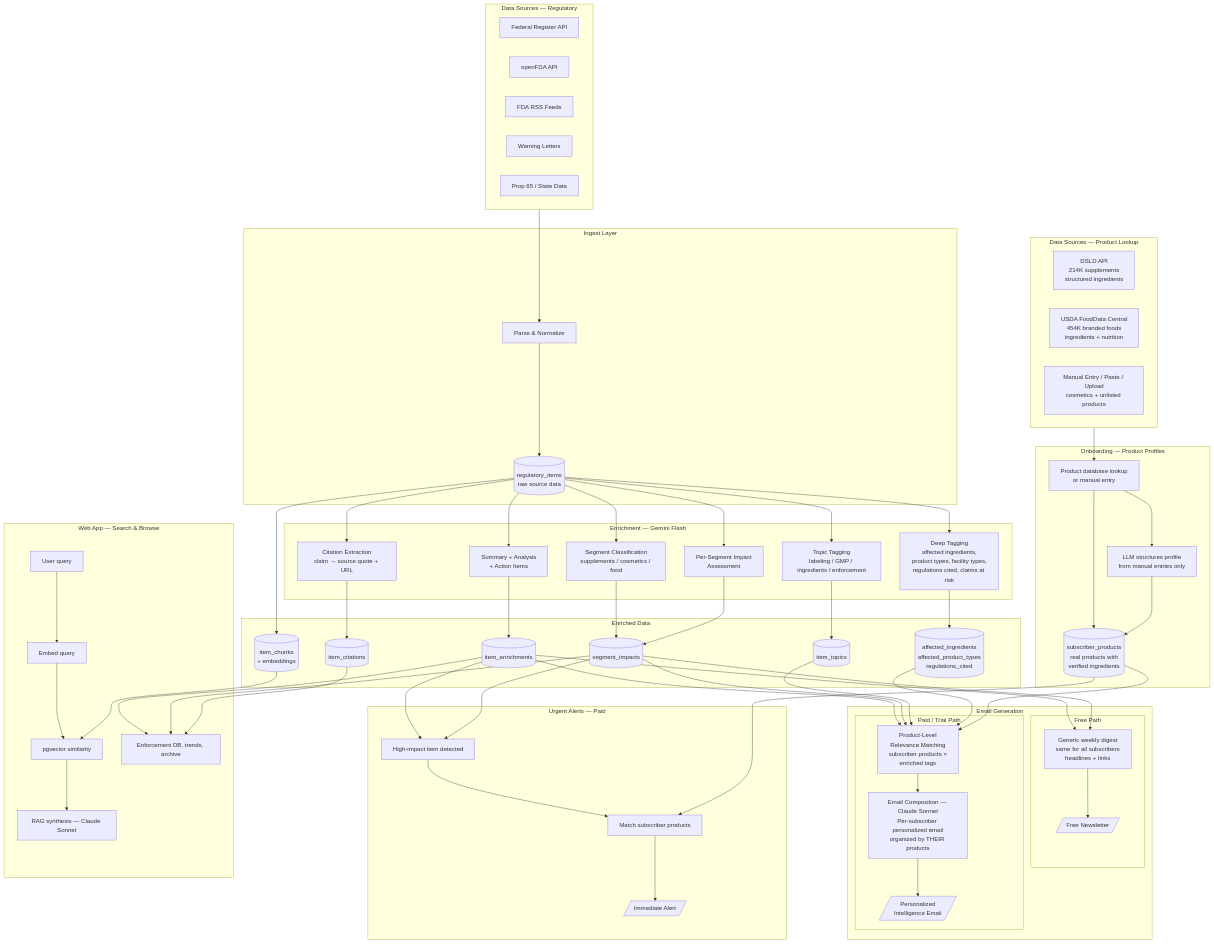
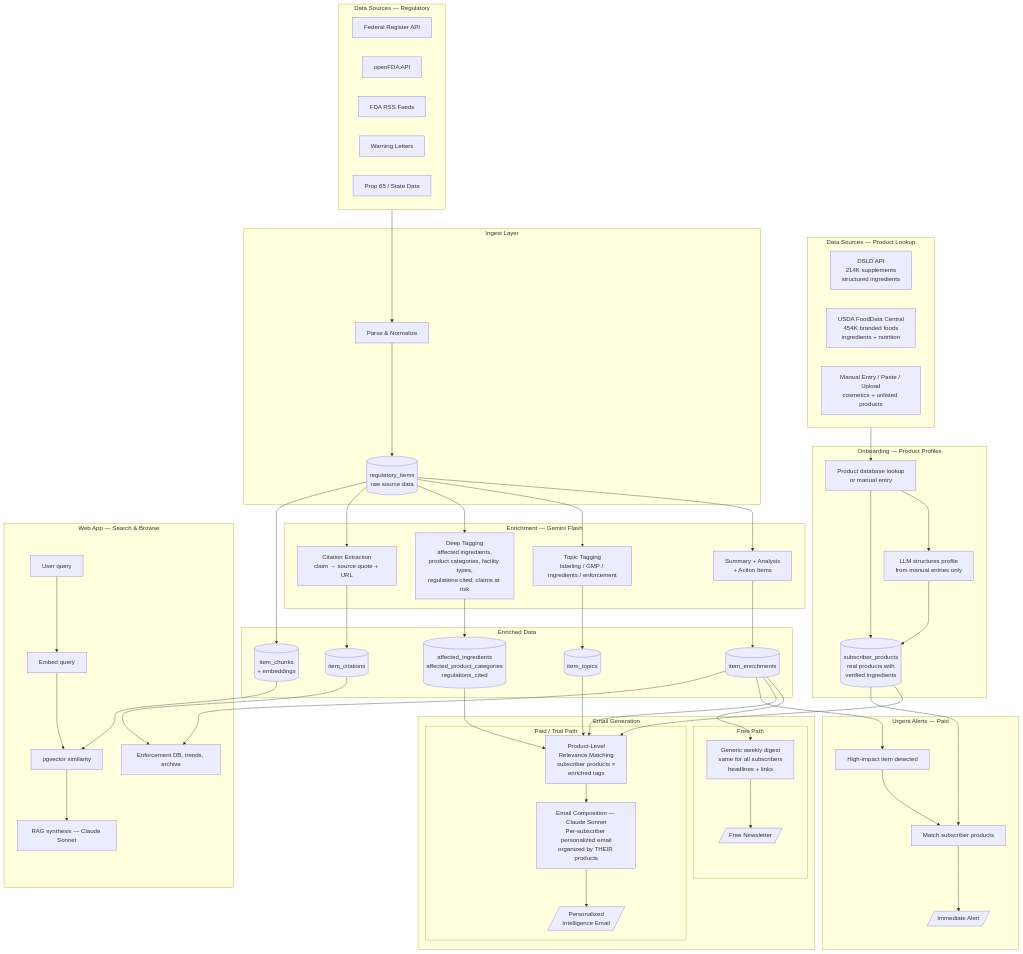
The first of 4 diagrams in memory-bank/architecture/llm-data-flow.md (Gr0x01/policycanary), drawn with Mermaid before and after one commit. The commit also changed other lines of this file and 22 other files, not shown here.

````diff
--- a/memory-bank/architecture/llm-data-flow.md
+++ b/memory-bank/architecture/llm-data-flow.md
@@ -37,19 +37,16 @@
 
     subgraph ENRICH["Enrichment — Gemini Flash"]
         SUMMARY[Summary + Analysis<br/>+ Action Items]
-        SEGMENT[Segment Classification<br/>supplements / cosmetics / food]
         TOPIC[Topic Tagging<br/>labeling / GMP / ingredients / enforcement]
-        DEEP[Deep Tagging<br/>affected ingredients,<br/>product types, facility types,<br/>regulations cited, claims at risk]
-        IMPACT[Per-Segment Impact<br/>Assessment]
+        DEEP[Deep Tagging<br/>affected ingredients,<br/>product categories, facility types,<br/>regulations cited, claims at risk]
         CITE[Citation Extraction<br/>claim → source quote + URL]
     end
 
     subgraph ENRICHED_STORE["Enriched Data"]
         ENR[(item_enrichments)]
-        SI[(segment_impacts)]
         IT[(item_topics)]
         IC[(item_citations)]
-        TAGS[(affected_ingredients<br/>affected_product_types<br/>regulations_cited)]
+        TAGS[(affected_ingredients<br/>affected_product_categories<br/>regulations_cited)]
         CHUNKS[(item_chunks<br/>+ embeddings)]
     end
 
@@ -88,12 +85,10 @@
 
     %% Regulatory data flow
     SOURCES --> PARSE --> RAW
-    RAW --> SUMMARY & SEGMENT & TOPIC & DEEP & IMPACT & CITE
+    RAW --> SUMMARY & TOPIC & DEEP & CITE
     SUMMARY --> ENR
-    SEGMENT --> SI
     TOPIC --> IT
     DEEP --> TAGS
-    IMPACT --> SI
     CITE --> IC
     RAW --> CHUNKS
 
@@ -104,19 +99,19 @@
     PROFILE_LLM --> PRODUCTS
 
     %% Free email
-    ENR & SI --> FREE_TEMPLATE --> FREE_EMAIL
+    ENR --> FREE_TEMPLATE --> FREE_EMAIL
 
     %% Paid email
-    ENR & SI & IT & TAGS --> MATCH
+    ENR & IT & TAGS --> MATCH
     PRODUCTS --> MATCH
     MATCH --> COMPOSE --> PAID_EMAIL
 
     %% Alerts
-    ENR & SI --> HIGH --> ALERT_MATCH
+    ENR --> HIGH --> ALERT_MATCH
     PRODUCTS --> ALERT_MATCH --> ALERT_EMAIL
 
     %% Search
     QUERY --> EMBED_Q --> VECTOR
     CHUNKS --> VECTOR --> RAG
-    ENR & SI & IC --> BROWSE
+    ENR & IC --> BROWSE
 ```
````
